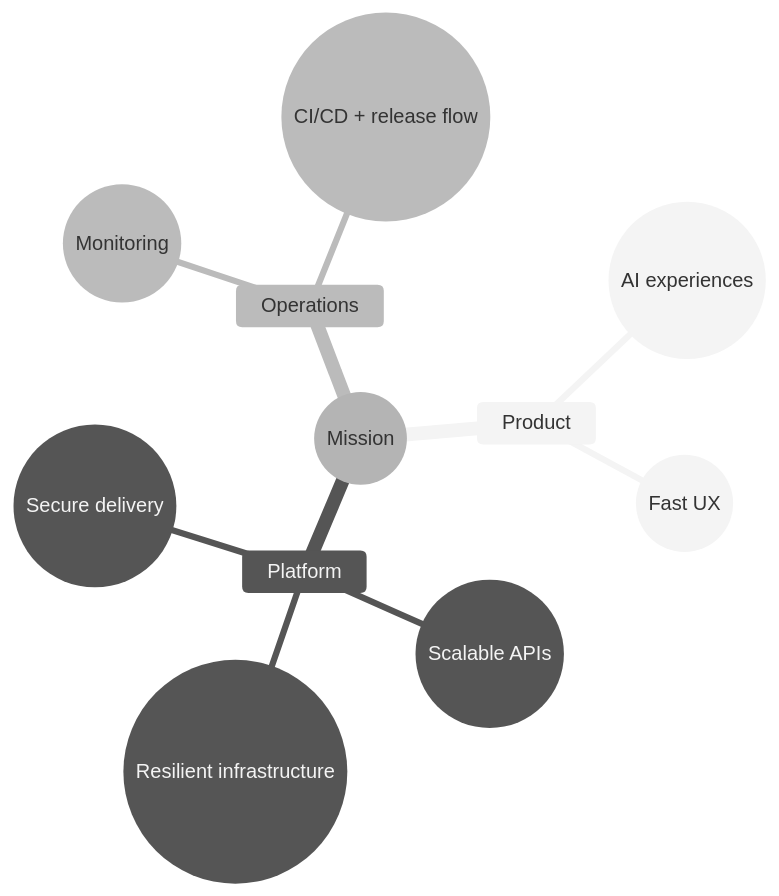
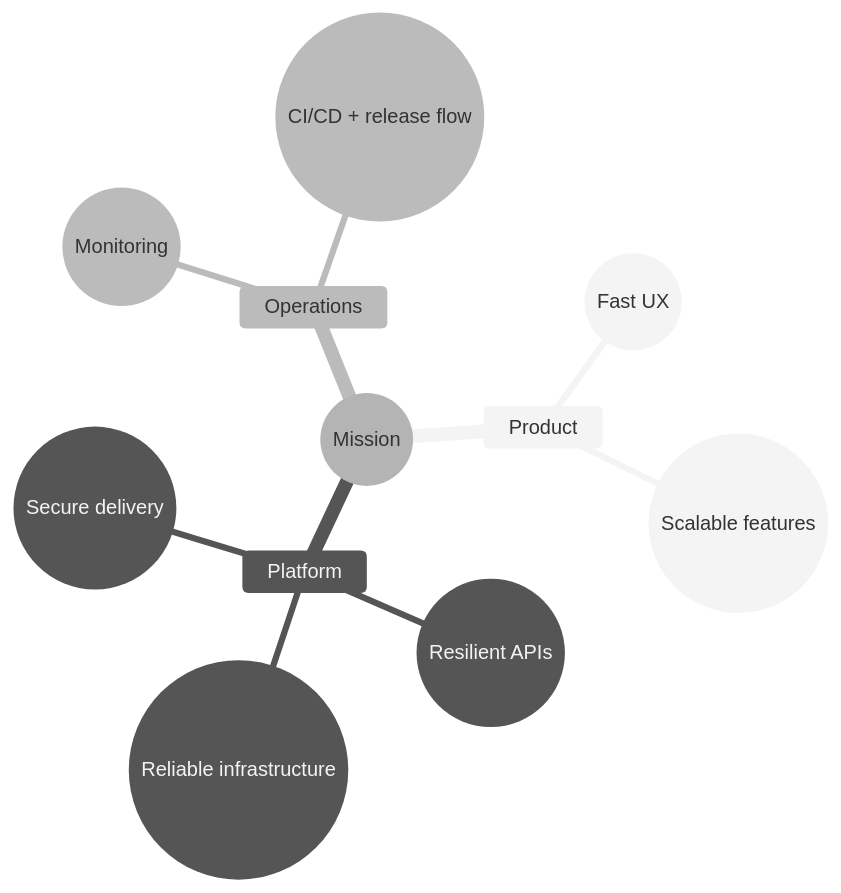
The second of 3 diagrams in README.md (deepsingh245/deepsingh245), drawn with Mermaid (neutral theme) before and after one commit. The commit also changed other lines of this file, not shown here.

````diff
--- a/README.md
+++ b/README.md
@@ -76,14 +74,14 @@
 ```mermaid
 mindmap
   root((Mission))
     Product
-      AI((AI experiences))
       UX((Fast UX))
+      Scale((Scalable features))
     Platform
-      API((Scalable APIs))
-      Infra((Resilient infrastructure))
+      API((Resilient APIs))
+      Infra((Reliable infrastructure))
       Security((Secure delivery))
     Operations
       Observability((Monitoring))
       Flow((CI/CD + release flow))
 ```
````
